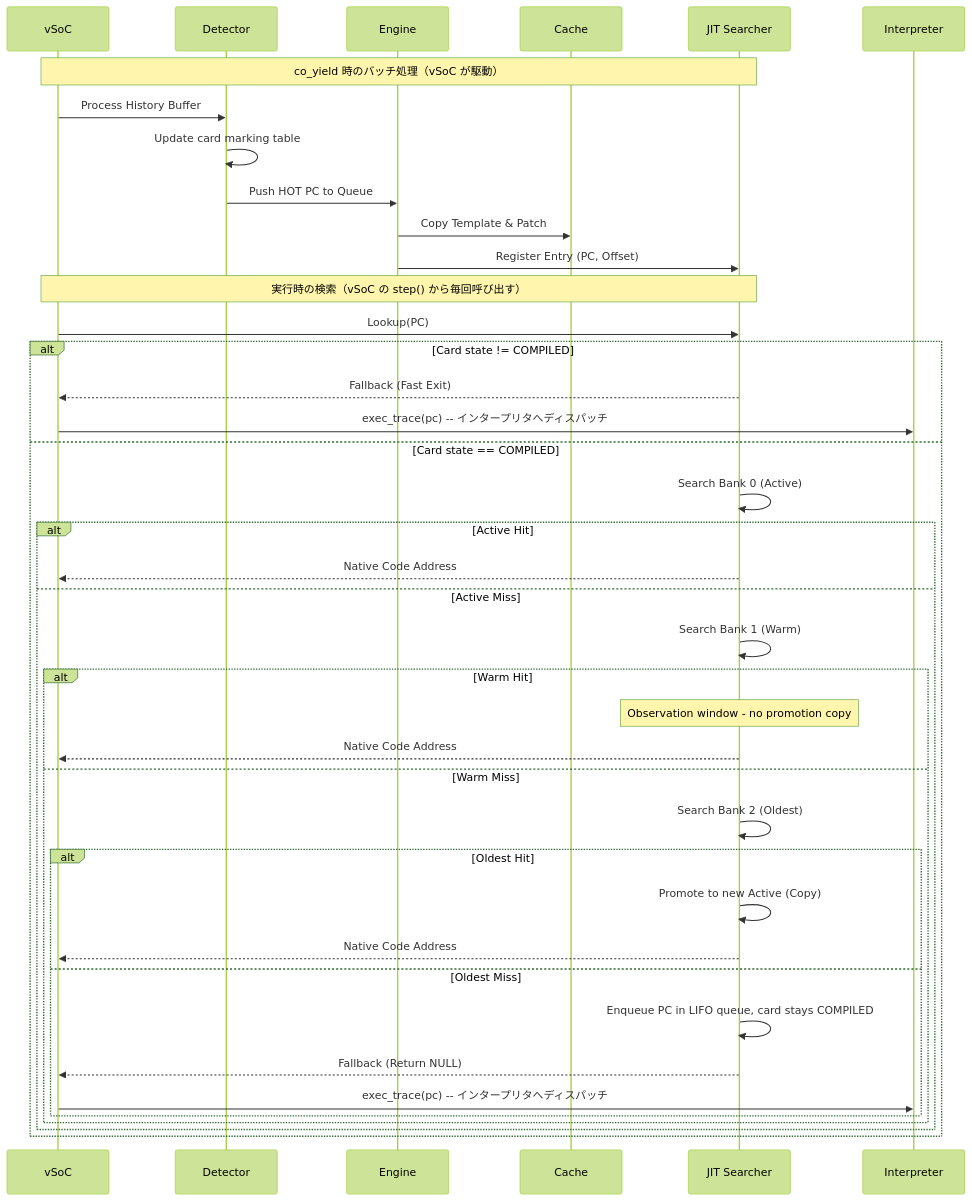
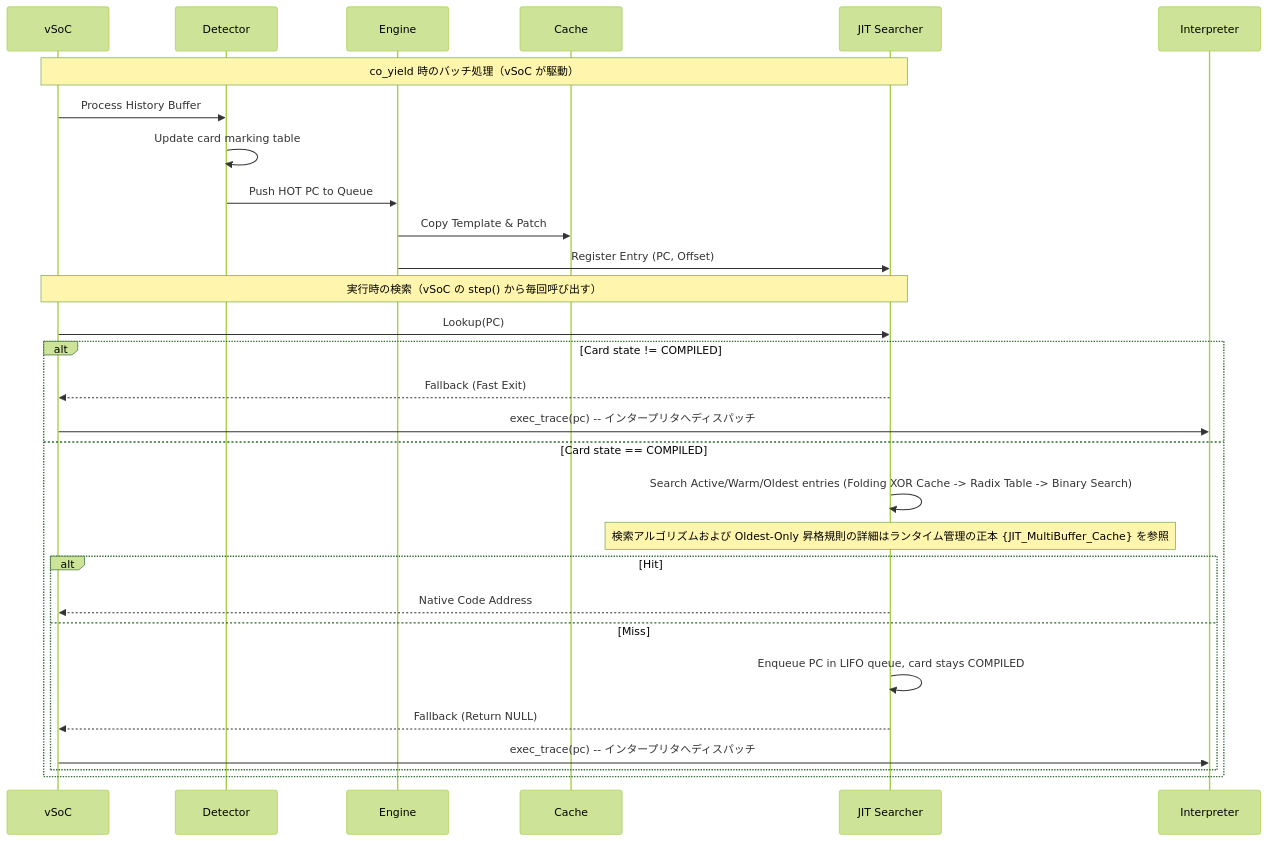
The fifth of 5 diagrams in docs/components/tier3_jit/jit_compiler.md (kmt-t/fireball), drawn with Mermaid (forest theme) before and after one commit. The commit also changed 18 other files, not shown here.

Commit message:
docs: harmonize component diagrams, state transitions, and symlinks across specifications

````diff
--- a/docs/components/tier3_jit/jit_compiler.md
+++ b/docs/components/tier3_jit/jit_compiler.md
@@ -366,44 +366,33 @@
 ```mermaid
 sequenceDiagram
     participant V as vSoC
     participant D as Detector
     participant E as Engine
     participant C as Cache
     participant S as JIT Searcher
     participant I as Interpreter
 
     Note over V, S: co_yield 時のバッチ処理（vSoC が駆動）
     V->>D: Process History Buffer
     D->>D: Update card marking table
     D->>E: Push HOT PC to Queue
     E->>C: Copy Template & Patch
     E->>S: Register Entry (PC, Offset)
 
     Note over V, S: 実行時の検索（vSoC の step() から毎回呼び出す）
     V->>S: Lookup(PC)
     alt Card state != COMPILED
         S-->>V: Fallback (Fast Exit)
         V->>I: exec_trace(pc) -- インタープリタへディスパッチ
     else Card state == COMPILED
-        S->>S: Search Bank 0 (Active)
-        alt Active Hit
+        S->>S: Search Active/Warm/Oldest entries (Folding XOR Cache -> Radix Table -> Binary Search)
+        Note over S: 検索アルゴリズムおよび Oldest-Only 昇格規則の詳細はランタイム管理の正本 {JIT_MultiBuffer_Cache} を参照
+        alt Hit
             S-->>V: Native Code Address
-        else Active Miss
-            S->>S: Search Bank 1 (Warm)
-            alt Warm Hit
-                Note over S: Observation window - no promotion copy
-                S-->>V: Native Code Address
-            else Warm Miss
-                S->>S: Search Bank 2 (Oldest)
-                alt Oldest Hit
-                    S->>S: Promote to new Active (Copy)
-                    S-->>V: Native Code Address
-                else Oldest Miss
-                    S->>S: Enqueue PC in LIFO queue, card stays COMPILED
-                    S-->>V: Fallback (Return NULL)
-                    V->>I: exec_trace(pc) -- インタープリタへディスパッチ
-                end
-            end
+        else Miss
+            S->>S: Enqueue PC in LIFO queue, card stays COMPILED
+            S-->>V: Fallback (Return NULL)
+            V->>I: exec_trace(pc) -- インタープリタへディスパッチ
         end
     end
 ```
````
